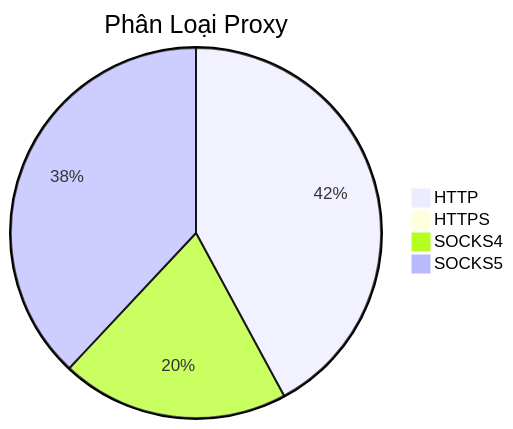
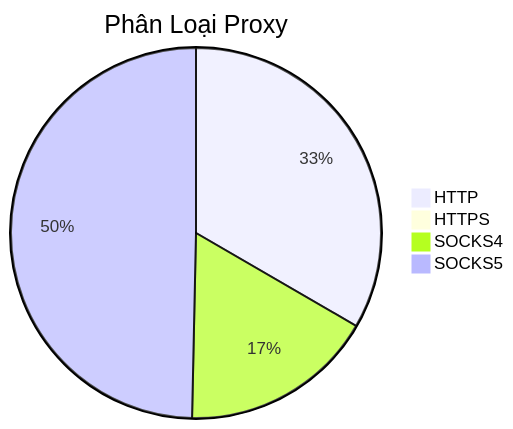
The diagram in README.md (Ciara-12/PROXY-free), drawn with Mermaid before and after one commit. The commit also changed other lines of this file and 4 other files, not shown here.

````diff
--- a/README.md
+++ b/README.md
@@ -26,7 +26,7 @@
 ```mermaid
 pie title Phân Loại Proxy
-    "HTTP" : 659
-    "HTTPS" : 2
-    "SOCKS4" : 311
-    "SOCKS5" : 595
+    "HTTP" : 790
+    "HTTPS" : 4
+    "SOCKS4" : 402
+    "SOCKS5" : 1176
 ```
````
